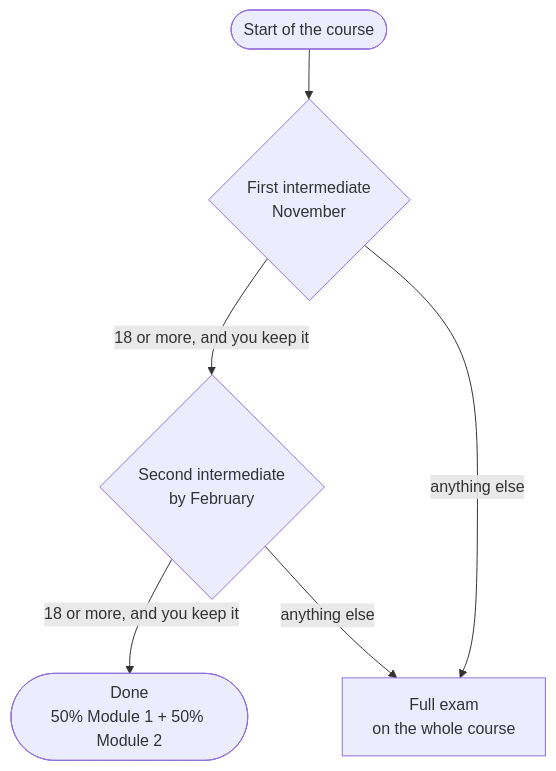
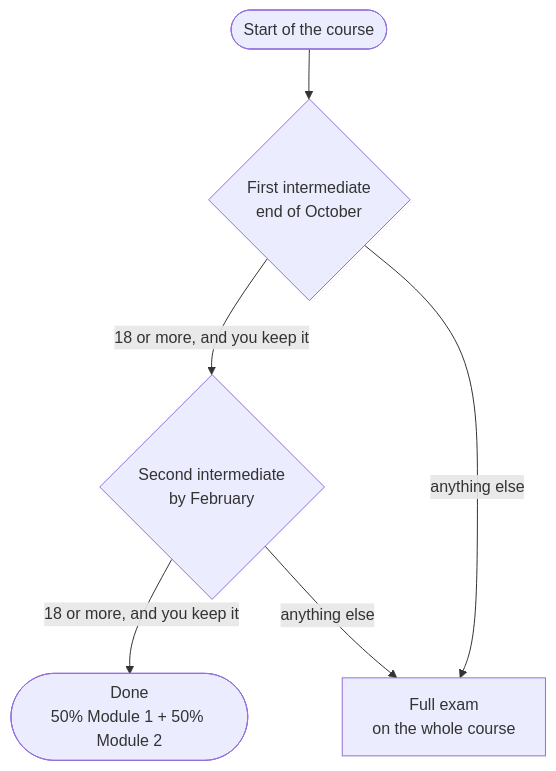
The diagram in syllabus.qmd (NiccoloSalvini/sbd_26_27), drawn with Mermaid before and after one commit. The commit also changed other lines of this file and 1 other file, not shown here.

First line of the commit message:
Put the first intermediate in October, and the winter session at three calls

````diff
--- a/syllabus.qmd
+++ b/syllabus.qmd
@@ -100,8 +101,8 @@
 ```{mermaid}
 flowchart TD
-    S([Start of the course]) --> A{First intermediate<br>November}
+    S([Start of the course]) --> A{First intermediate<br>end of October}
     A -->|18 or more, and you keep it| B{Second intermediate<br>by February}
     A -->|anything else| F[Full exam<br>on the whole course]
     B -->|18 or more, and you keep it| D([Done<br>50% Module 1 + 50% Module 2])
     B -->|anything else| F
 ```
````
